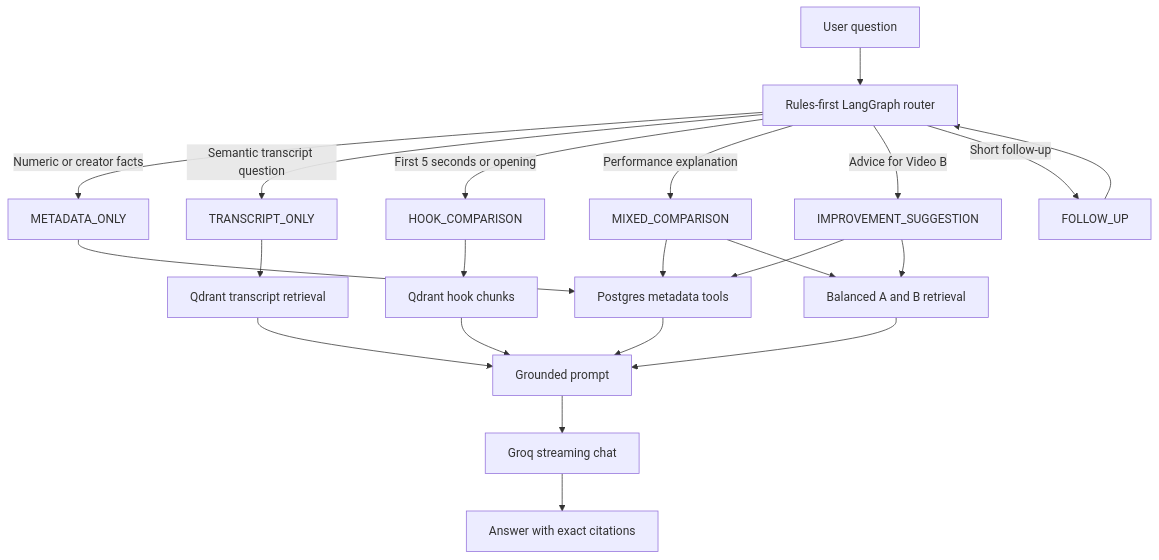
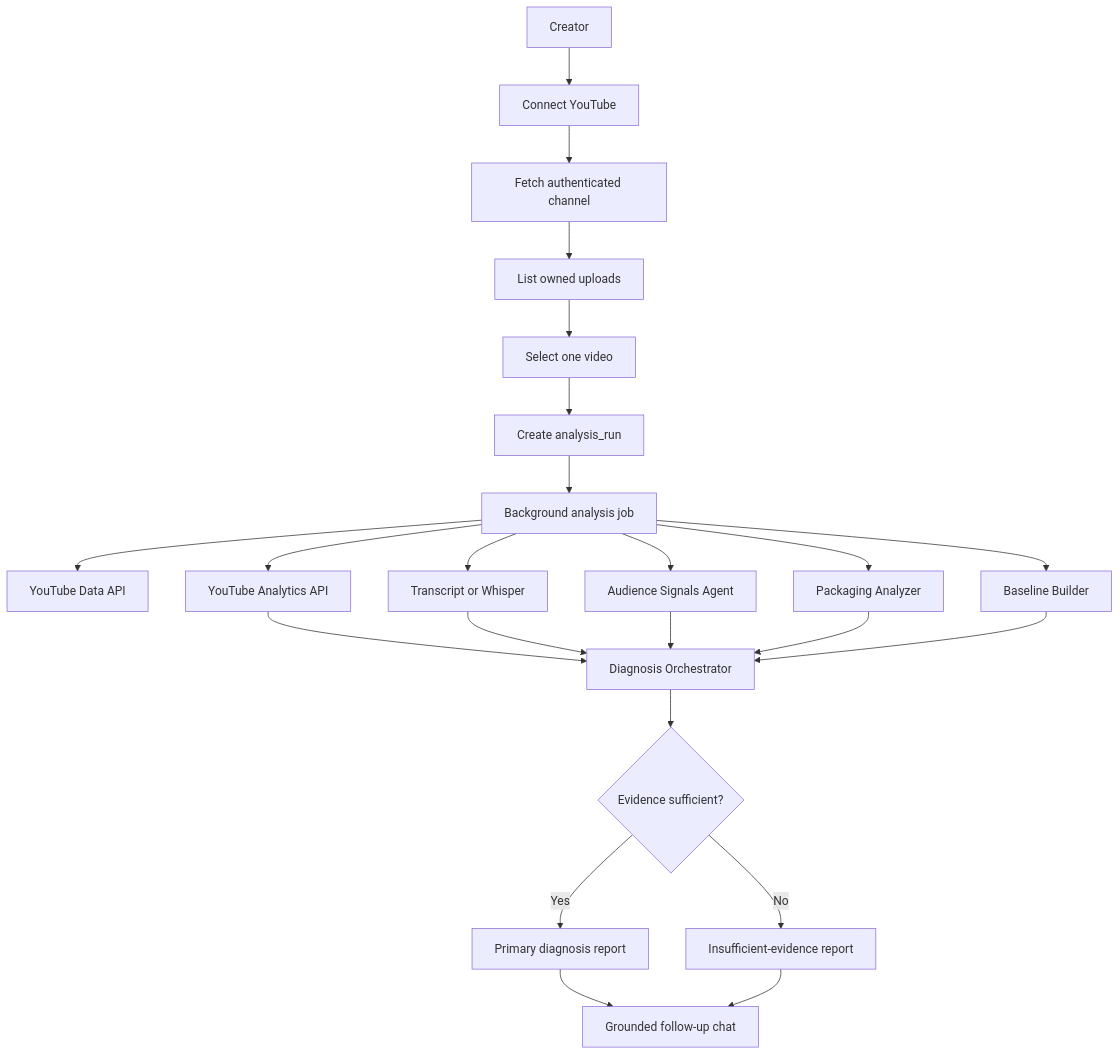
Before and after one commit to nirmaljb/CreatorGPT: the diagram in README.md, drawn with Mermaid. The commit also changed other lines of this file and 54 other files, not shown here.

Commit message:
feat: implement Google OAuth integration, database schema, and authentication core services

````diff
--- a/README.md
+++ b/README.md
@@ -175,27 +104,29 @@
 ```mermaid
 flowchart TD
-    question["User question"] --> router["Rules-first LangGraph router"]
+    user["Creator"] --> auth["Connect YouTube"]
+    auth --> channel["Fetch authenticated channel"]
+    channel --> owned["List owned uploads"]
+    owned --> selected["Select one video"]
+    selected --> run["Create analysis_run"]
+    run --> job["Background analysis job"]
 
-    router -->|Numeric or creator facts| metadata["METADATA_ONLY"]
-    router -->|Semantic transcript question| transcript["TRANSCRIPT_ONLY"]
-    router -->|First 5 seconds or opening| hook["HOOK_COMPARISON"]
-    router -->|Performance explanation| mixed["MIXED_COMPARISON"]
-    router -->|Advice for Video B| improve["IMPROVEMENT_SUGGESTION"]
-    router -->|Short follow-up| followup["FOLLOW_UP"]
+    job --> ytdata["YouTube Data API"]
+    job --> ytanalytics["YouTube Analytics API"]
+    job --> transcript["Transcript or Whisper"]
+    job --> comments["Audience Signals Agent"]
+    job --> packaging["Packaging Analyzer"]
+    job --> baseline["Baseline Builder"]
 
-    followup --> router
-    metadata --> pg["Postgres metadata tools"]
-    transcript --> qdrant["Qdrant transcript retrieval"]
-    hook --> hookChunks["Qdrant hook chunks"]
-    mixed --> pg
-    mixed --> balanced["Balanced A and B retrieval"]
-    improve --> pg
-    improve --> balanced
+    ytanalytics --> diagnosis["Diagnosis Orchestrator"]
+    transcript --> diagnosis
+    comments --> diagnosis
+    packaging --> diagnosis
+    baseline --> diagnosis
 
-    pg --> prompt["Grounded prompt"]
-    qdrant --> prompt
-    hookChunks --> prompt
-    balanced --> prompt
-    prompt --> llm["Groq streaming chat"]
-    llm --> answer["Answer with exact citations"]
+    diagnosis --> gate{"Evidence sufficient?"}
+    gate -->|Yes| report["Primary diagnosis report"]
+    gate -->|No| gaps["Insufficient-evidence report"]
+
+    report --> followup["Grounded follow-up chat"]
+    gaps --> followup
 ```
````
